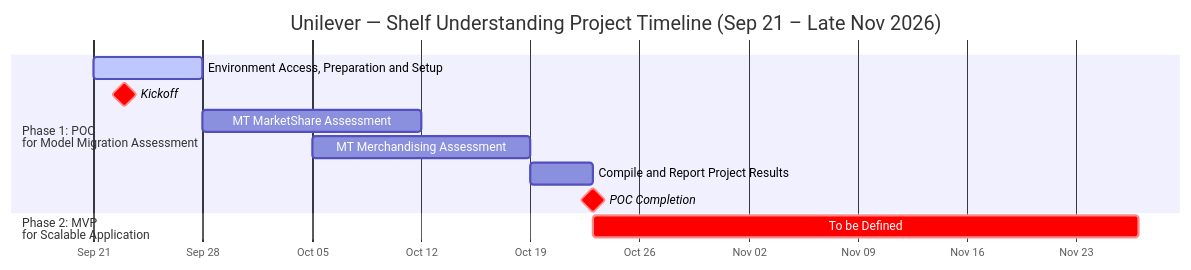
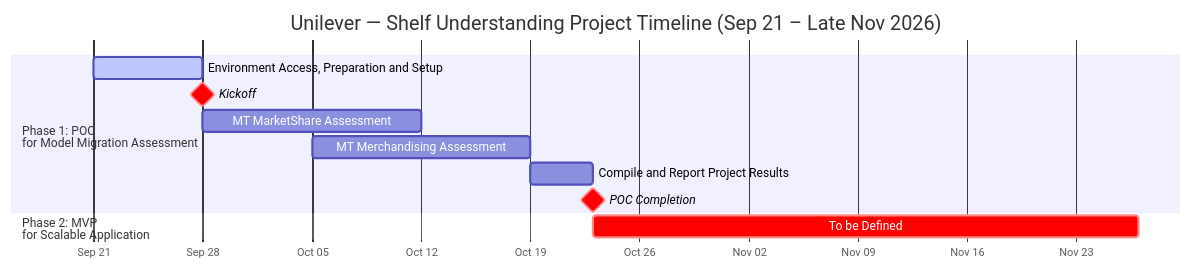
Before and after one commit to jigyasujuneja/unilever-shelf-understanding-e2e: the diagram in docs/Project_Plan.md, drawn with Mermaid. The commit also changed 10 other files, not shown here.

Commit message:
Created Diagrams from Customer Source Code

````diff
--- a/docs/Project_Plan.md
+++ b/docs/Project_Plan.md
@@ -102,20 +102,20 @@
 ```mermaid
 %%{init: {'themeCSS': '.grid .tick line { stroke: #9ca3af; stroke-dasharray: 4, 4; stroke-width: 1px; }'}}%%
 gantt
     title Unilever — Shelf Understanding Project Timeline (Sep 21 – Late Nov 2026)
     dateFormat  YYYY-MM-DD
     axisFormat  %b %d
     tickInterval 1week
     weekday monday
 
     section Phase 1: POC <br/>for Model Migration Assessment
     Environment Access, Preparation and Setup          :active, p1_env, 2026-09-21, 7d
-    Kickoff                                            :crit, milestone, p1_kickoff, 2026-09-23, 0d
+    Kickoff                                            :crit, milestone, p1_kickoff, 2026-09-28, 0d
     MT MarketShare Assessment                          :p1_ms, 2026-09-28, 14d
     MT Merchandising Assessment                        :p1_merch, 2026-10-05, 14d
     Compile and Report Project Results                 :p1_report, 2026-10-19, 2026-10-23
     POC Completion                                     :crit, milestone, p1_poc, 2026-10-23, 0d
 
     section Phase 2: MVP<br/>for Scalable Application
     To be Defined                                      :crit, p2_tbd, 2026-10-23, 2026-11-27
 ```
````
